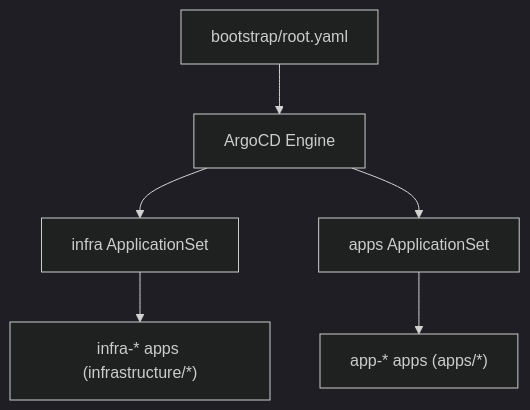
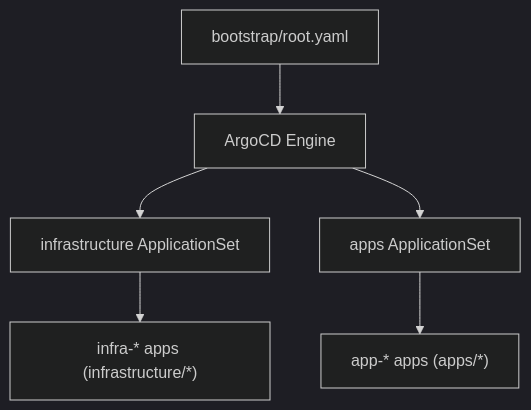
One commit to nsudhanva/homelab changed the diagram in docs/src/content/docs/tutorials/argocd.md. Above: the diagram before and after it, drawn with Mermaid (dark theme). The commit also changed other lines of this file and 46 other files, not shown here.

````diff
--- a/docs/src/content/docs/tutorials/argocd.md
+++ b/docs/src/content/docs/tutorials/argocd.md
@@ -48,8 +48,8 @@
 ```mermaid
 flowchart TD
   Root["bootstrap/root.yaml"] --> Argo["ArgoCD Engine"]
-  Argo --> InfraSet["infra ApplicationSet"]
+  Argo --> InfraSet["infrastructure ApplicationSet"]
   Argo --> AppsSet["apps ApplicationSet"]
   InfraSet --> InfraApps["infra-* apps (infrastructure/*)"]
   AppsSet --> UserApps["app-* apps (apps/*)"]
 ```
````
